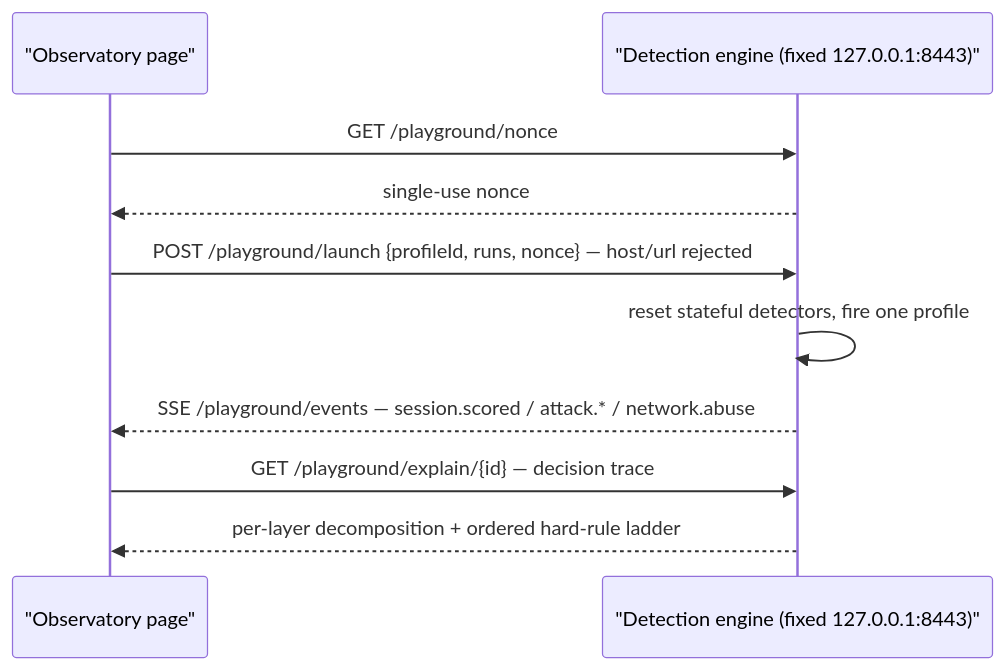
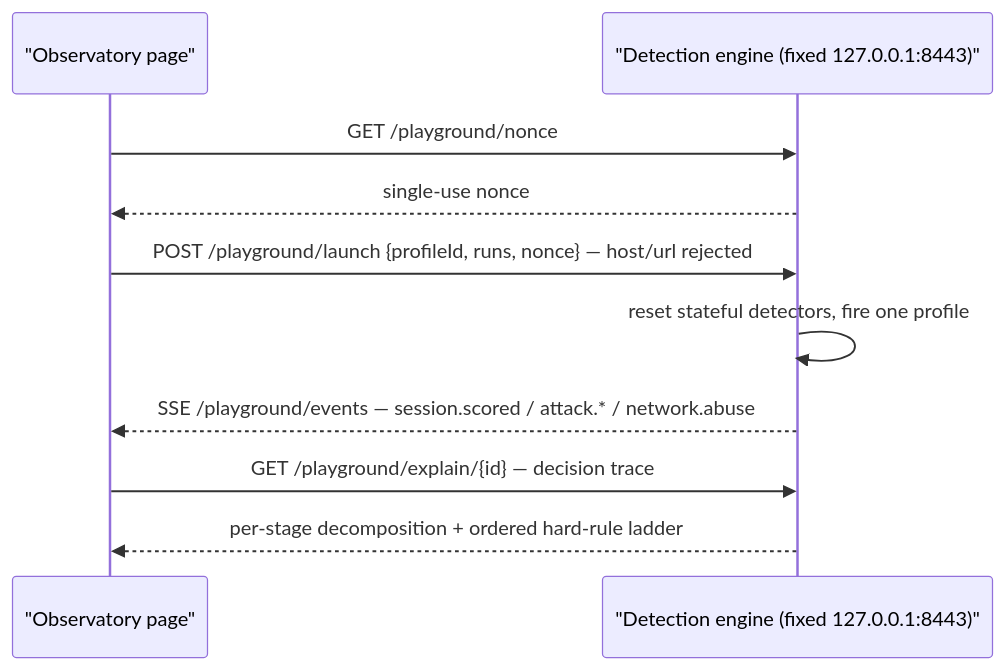
The diagram in docs/how-to/detection-observatory.md (modootoday/humanymous), drawn with Mermaid before and after one commit. The commit also changed other lines of this file and 62 other files, not shown here.

````diff
--- a/docs/how-to/detection-observatory.md
+++ b/docs/how-to/detection-observatory.md
@@ -82,12 +82,12 @@
 ```mermaid
 sequenceDiagram
   participant U as "Observatory page"
   participant E as "Detection engine (fixed 127.0.0.1:8443)"
   U->>E: GET /playground/nonce
   E-->>U: single-use nonce
   U->>E: POST /playground/launch {profileId, runs, nonce} — host/url rejected
   E->>E: reset stateful detectors, fire one profile
   E-->>U: SSE /playground/events — session.scored / attack.* / network.abuse
   U->>E: GET /playground/explain/{id} — decision trace
-  E-->>U: per-layer decomposition + ordered hard-rule ladder
+  E-->>U: per-stage decomposition + ordered hard-rule ladder
 ```
````
